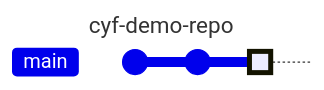
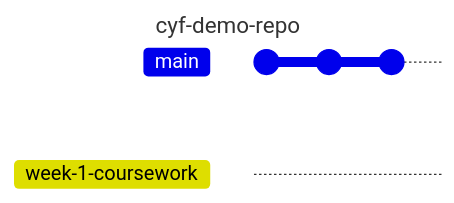
The second of 5 diagrams in git-day-1/README.md (CodeYourFuture/CYF-Workshops), drawn with Mermaid before and after one commit. The commit also changed other lines of this file, not shown here. Commit ids are hidden.

Commit message:
fix mermaid diagrams

````diff
--- a/git-day-1/README.md
+++ b/git-day-1/README.md
@@ -121,9 +111,10 @@
 ```mermaid
 ---
 title: cyf-demo-repo
 ---
 gitGraph
+   commit 
    commit
    commit
-   commit type: HIGHLIGHT
+   branch "week-1-coursework"
 ```
````
